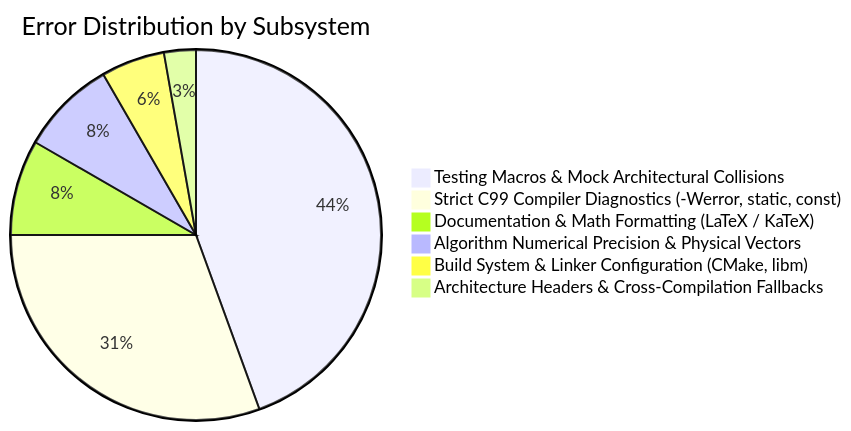
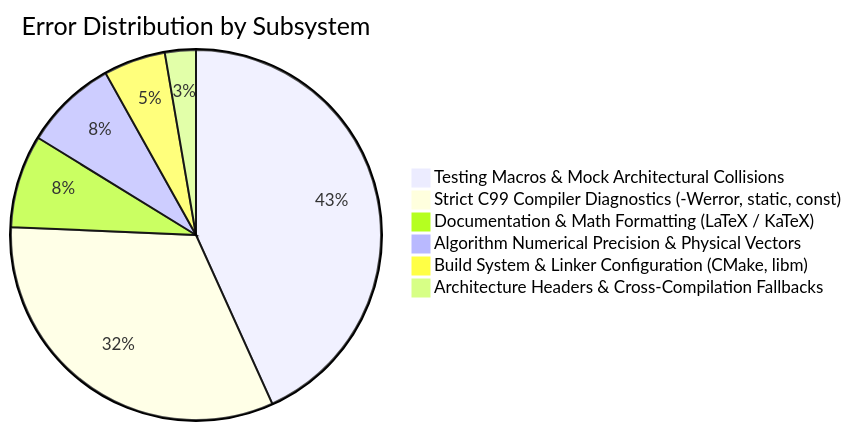
One commit to Thejus26/rain-predict changed the diagram in context/errors/README.md. Above: the diagram before and after it, drawn with Mermaid. The commit also changed other lines of this file and 2 other files, not shown here.

Commit message:
fix(telemetry): resolve ERR-037 missing static prototypes in test_telemetry_codec.c

````diff
--- a/context/errors/README.md
+++ b/context/errors/README.md
@@ -52,9 +53,9 @@
 ```mermaid
 pie title Error Distribution by Subsystem
     "Testing Macros & Mock Architectural Collisions" : 16
-    "Strict C99 Compiler Diagnostics (-Werror, static, const)" : 11
+    "Strict C99 Compiler Diagnostics (-Werror, static, const)" : 12
     "Documentation & Math Formatting (LaTeX / KaTeX)" : 3
     "Algorithm Numerical Precision & Physical Vectors" : 3
     "Build System & Linker Configuration (CMake, libm)" : 2
     "Architecture Headers & Cross-Compilation Fallbacks" : 1
 ```
````
